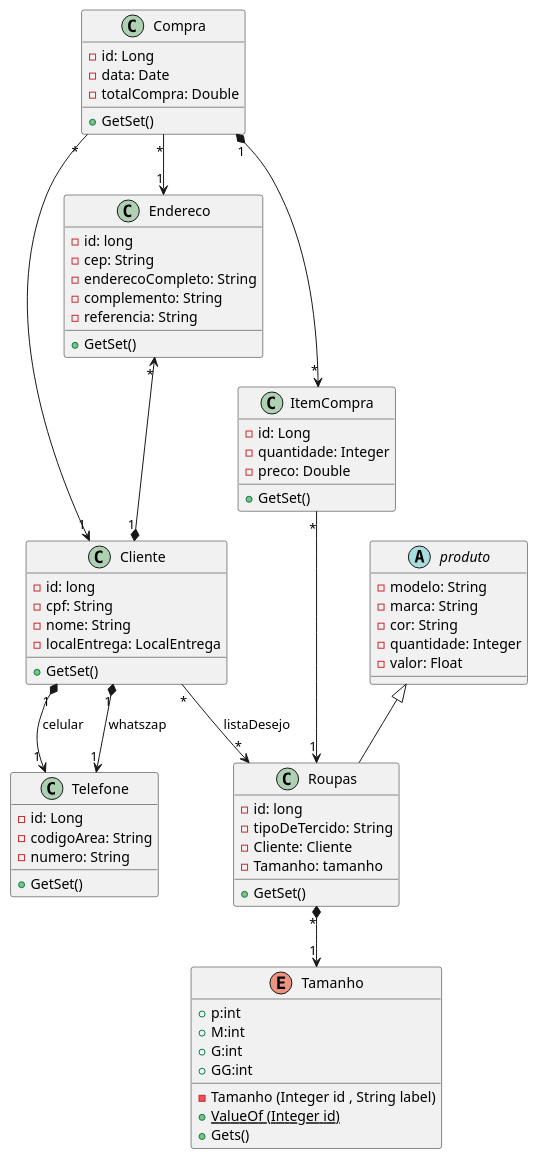
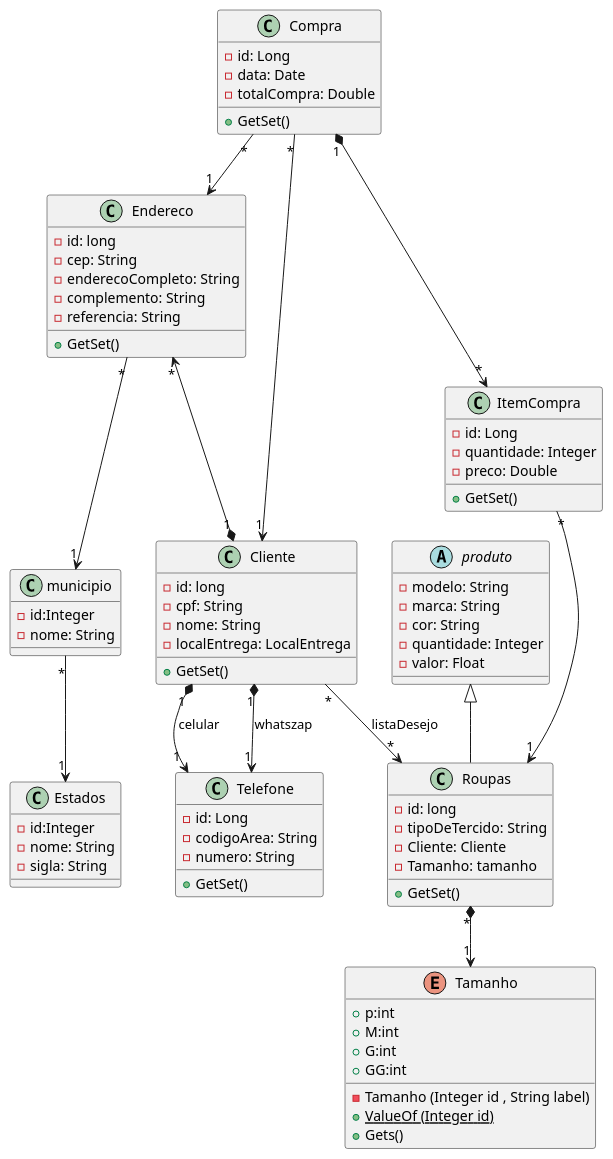
One commit to Jeezyel/topicos1 changed the diagram in src/main/java/br/unitins/UML.plantuml. Above: the diagram before and after it, drawn with PlantUML. The commit also changed 1 other file, not shown here.

```diff
--- a/src/main/java/br/unitins/UML.plantuml
+++ b/src/main/java/br/unitins/UML.plantuml
@@ -1,86 +1,100 @@
 @startuml UML
 
 class Roupas{
     - id: long
     - tipoDeTercido: String
     - Cliente: Cliente
     - Tamanho: tamanho
 
     + GetSet()
 
 
 }
 class Cliente{
     -id: long
     - cpf: String
     - nome: String
     - localEntrega: LocalEntrega
 
     + GetSet()
 }
 
 class Endereco{
     - id: long
     - cep: String
     - enderecoCompleto: String
     - complemento: String
     - referencia: String
 
     + GetSet()
 }
 class ItemCompra {
     - id: Long
     - quantidade: Integer
     - preco: Double
     
     + GetSet()
 }
 class Compra {
     - id: Long
     - data: Date
     - totalCompra: Double
     
     + GetSet()
 }
 class Telefone {
     - id: Long
     - codigoArea: String
     - numero: String
     
     + GetSet()
 }
+class municipio{
+    -id:Integer
+    -nome: String
+
+}
+class Estados{
+    -id:Integer
+    -nome: String
+    -sigla: String
+}
 enum Tamanho{
     + p:int
     + M:int
     + G:int
     + GG:int
  
     - Tamanho (Integer id , String label)
     + {static}ValueOf (Integer id)
     + Gets()
 
 }
 abstract produto{
     - modelo: String
     - marca: String
     - cor: String
     - quantidade: Integer
     - valor: Float
     
 }
     produto <|-- Roupas
 
     Endereco "*" <--*"1" Cliente
 
     Cliente "*" --> "*" Roupas: listaDesejo
 
     Compra "1" *--> "*" ItemCompra
     Compra "*" --> "1" Cliente
     Compra "*"  --> "1" Endereco
 
     ItemCompra "*" --> "1" Roupas
 
     Cliente "1" *--> "1" Telefone: celular
     Cliente "1" *--> "1" Telefone: whatszap
     Roupas "*" *--> "1" Tamanho
+
+    Endereco "*"--> "1" municipio
+
+    municipio "*"--> "1" Estados
 @enduml
```
